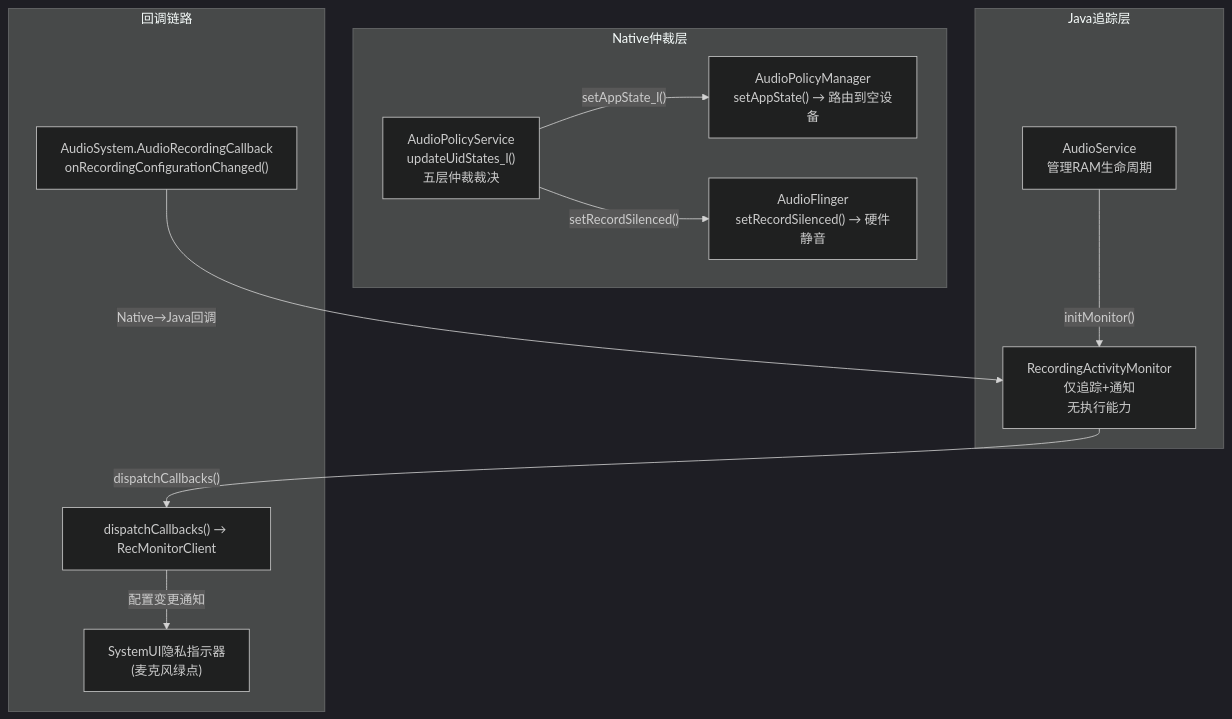
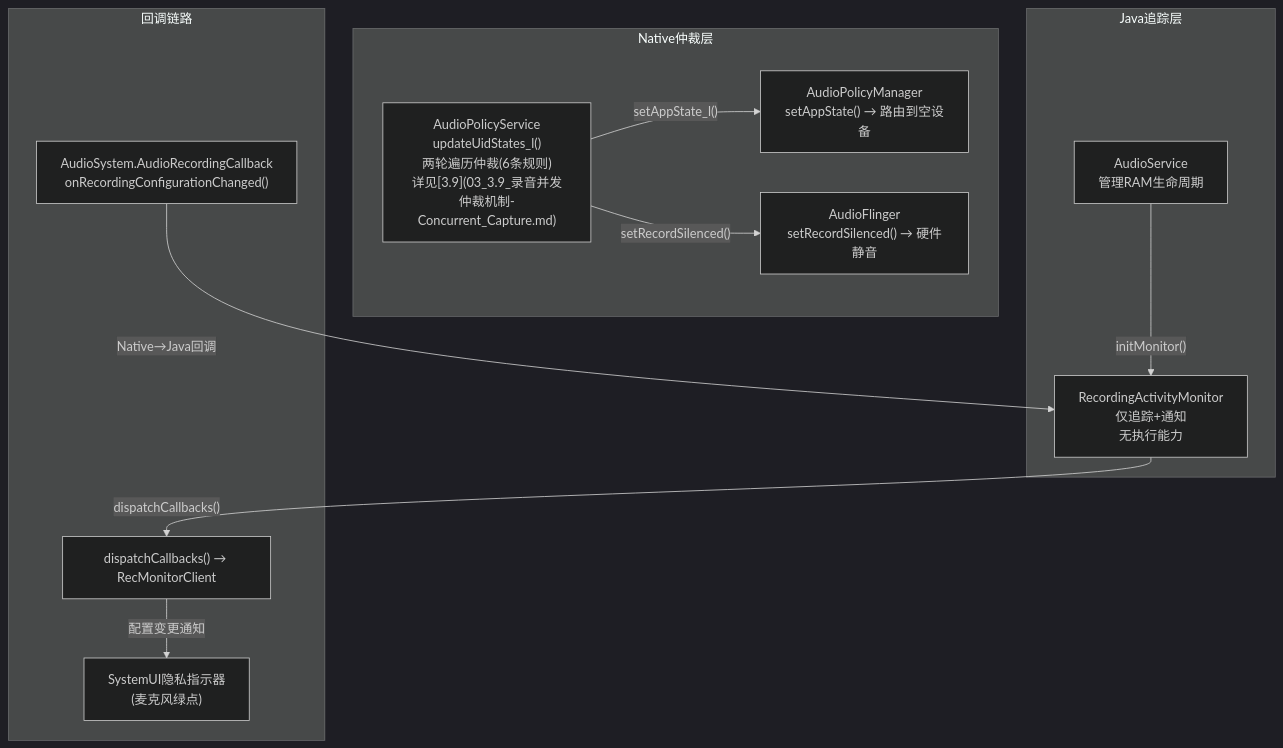
The first of 9 diagrams in 03_Java_Framework_Layer/03_3.10_RecordingActivityMonitor-录音状态追踪.md (yanglinzhen1022/SA8295_AAOS_QNX_Audio_KnowledgeBase), drawn with Mermaid (dark theme) before and after one commit. The commit also changed other lines of this file and 4 other files, not shown here.

````diff
--- a/03_Java_Framework_Layer/03_3.10_RecordingActivityMonitor-录音状态追踪.md
+++ b/03_Java_Framework_Layer/03_3.10_RecordingActivityMonitor-录音状态追踪.md
@@ -11,24 +11,24 @@
 ```mermaid
 flowchart TB
     subgraph "Java追踪层"
         RAM["RecordingActivityMonitor<br>仅追踪+通知<br>无执行能力"]
         AS["AudioService<br>管理RAM生命周期"]
     end
     subgraph "Native仲裁层"
-        APS["AudioPolicyService<br>updateUidStates_l()<br>五层仲裁裁决"]
+        APS["AudioPolicyService<br>updateUidStates_l()<br>两轮遍历仲裁(6条规则)<br>详见[3.9](03_3.9_录音并发仲裁机制-Concurrent_Capture.md)"]
         APM["AudioPolicyManager<br>setAppState() → 路由到空设备"]
         AF["AudioFlinger<br>setRecordSilenced() → 硬件静音"]
     end
     subgraph "回调链路"
         NAT_CB["AudioSystem.AudioRecordingCallback<br>onRecordingConfigurationChanged()"]
         RAM_CB["dispatchCallbacks() → RecMonitorClient"]
         SYSUI["SystemUI隐私指示器<br>(麦克风绿点)"]
     end
 
     APS -->|"setAppState_l()"| APM
     APS -->|"setRecordSilenced()"| AF
     NAT_CB -->|"Native→Java回调"| RAM
     RAM -->|"dispatchCallbacks()"| RAM_CB
     RAM_CB -->|"配置变更通知"| SYSUI
     AS -->|"initMonitor()"| RAM
 ```
````
